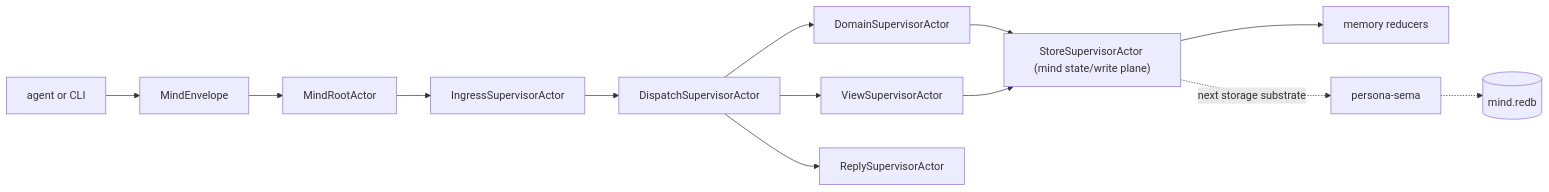
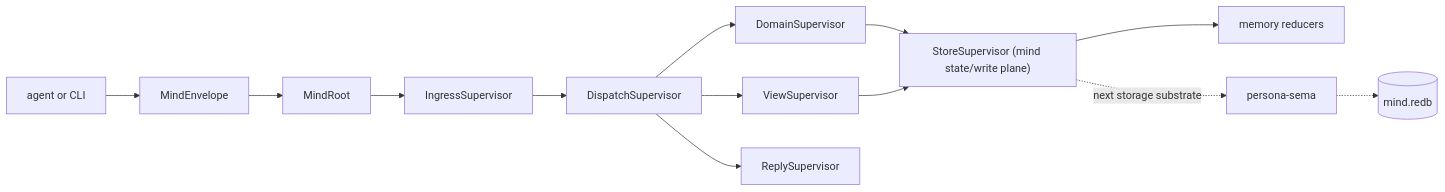
The first of 3 diagrams in ARCHITECTURE.md (LiGoldragon/persona-orchestrate), drawn with Mermaid before and after one commit. The commit also changed other lines of this file and 15 other files, not shown here.

````diff
--- a/ARCHITECTURE.md
+++ b/ARCHITECTURE.md
@@ -29,15 +27,15 @@
 ```mermaid
 flowchart LR
     caller["agent or CLI"] --> envelope["MindEnvelope"]
-    envelope --> root["MindRootActor"]
-    root --> ingress["IngressSupervisorActor"]
-    ingress --> dispatch["DispatchSupervisorActor"]
-    dispatch --> domain["DomainSupervisorActor"]
-    dispatch --> views["ViewSupervisorActor"]
-    domain --> store["StoreSupervisorActor (mind state/write plane)"]
+    envelope --> root["MindRoot"]
+    root --> ingress["IngressSupervisor"]
+    ingress --> dispatch["DispatchSupervisor"]
+    dispatch --> domain["DomainSupervisor"]
+    dispatch --> views["ViewSupervisor"]
+    domain --> store["StoreSupervisor (mind state/write plane)"]
     views --> store
     store --> reducer["memory reducers"]
     store -. "next storage substrate" .-> sema["persona-sema"]
     sema -.-> db[("mind.redb")]
-    dispatch --> reply["ReplySupervisorActor"]
+    dispatch --> reply["ReplySupervisor"]
 ```
````
